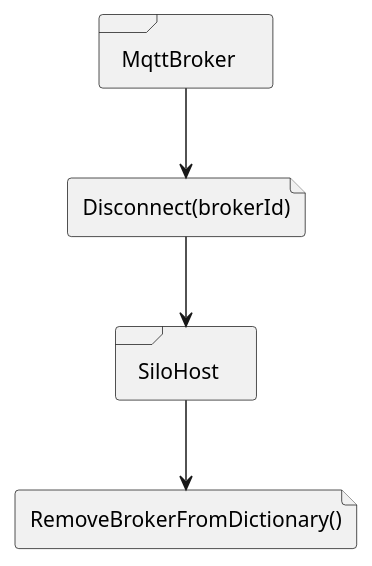
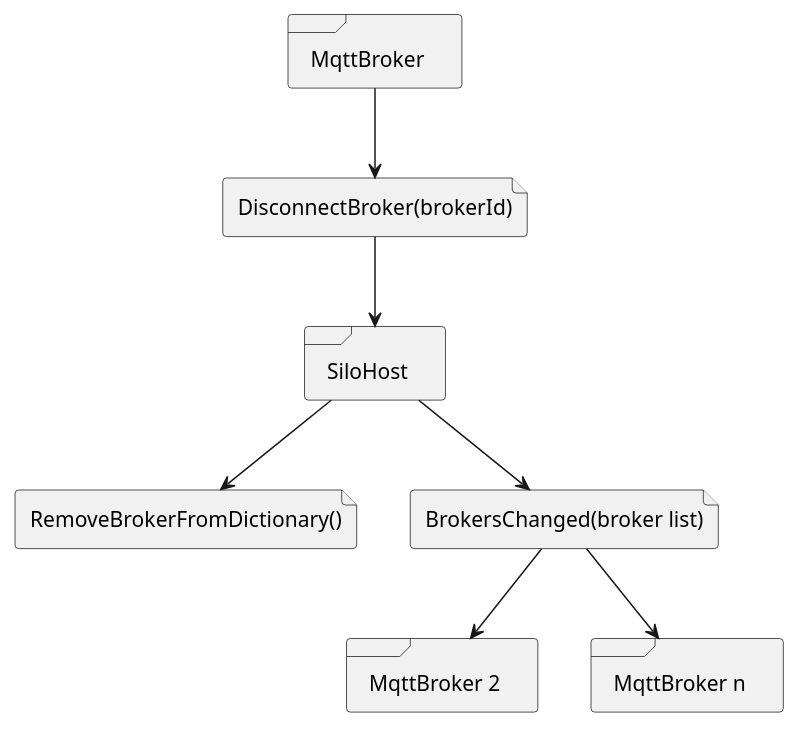
One commit to SeppPenner/NetCoreMQTTExampleCluster changed the diagram in images/broker-disconnect.wsd. Above: the diagram before and after it, drawn with PlantUML. The commit also changed 17 other files, not shown here.

```diff
--- a/images/broker-disconnect.wsd
+++ b/images/broker-disconnect.wsd
@@ -1,18 +1,28 @@
 @startuml
 
 skinparam componentStyle uml2
 
-file "Disconnect(brokerId)" as DisconnectPackage
+file "DisconnectBroker(brokerId)" as DisconnectPackage
 file "RemoveBrokerFromDictionary()" as Dictionary
+file "BrokersChanged(broker list)" as Notify
 
 frame SiloHost {
 }
 
 frame "MqttBroker" as MqttBroker {
 }
 
+frame "MqttBroker 2" as MqttBroker2 {
+}
+
+frame "MqttBroker n" as MqttBrokerN {
+}
+
 MqttBroker --> DisconnectPackage
 DisconnectPackage --> SiloHost
 SiloHost --> Dictionary
+SiloHost --> Notify
+Notify --> MqttBroker2
+Notify --> MqttBrokerN
 
 @enduml
```
